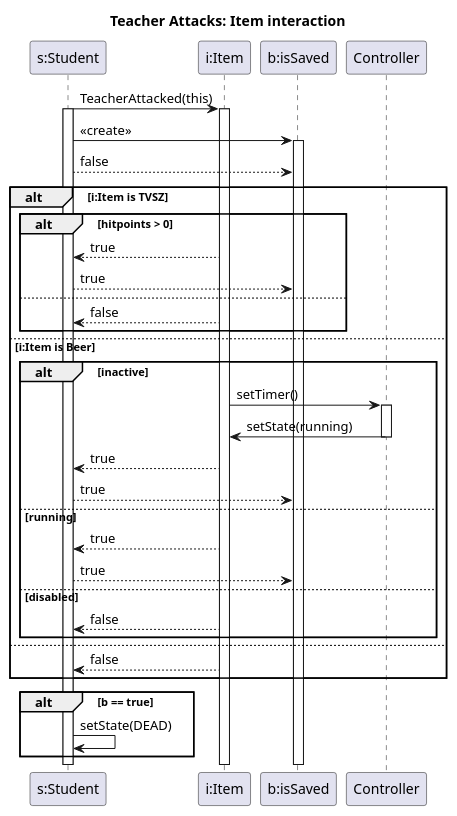
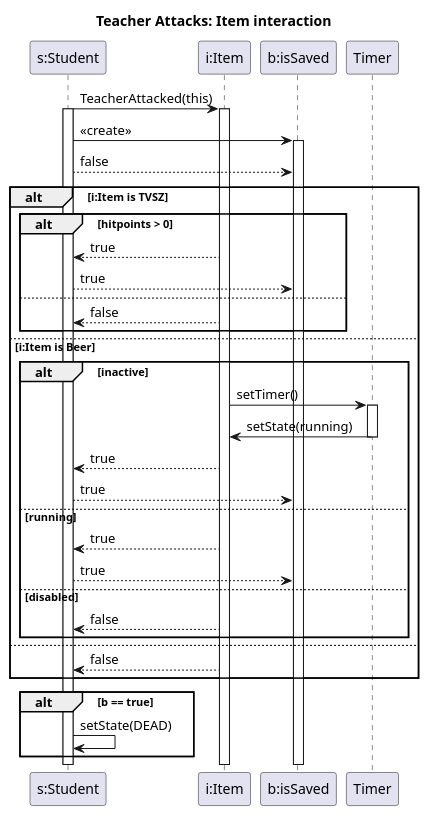
The diagram in teacher_attacks_item.plantuml (MBakter/echo), drawn with PlantUML before and after one commit. The commit also changed 4 other files, not shown here.

Commit message:
Updated ClassUML and added poisonous charts

```diff
--- a/teacher_attacks_item.plantuml
+++ b/teacher_attacks_item.plantuml
@@ -1,44 +1,44 @@
 @startuml teacher_attacks
 
 title Teacher Attacks: Item interaction
 participant "s:Student" as s
 participant "i:Item" as i
 participant "b:isSaved" as b
 
 s -> i : TeacherAttacked(this)
 activate i
 activate s
 s -> b : <<create>>
 activate b
 s --> b : false
 
 alt i:Item is TVSZ 
     alt hitpoints > 0
         i --> s : true
         s --> b : true
     else
         i --> s : false
     end
 else i:Item is Beer 
     alt inactive
-        i -> Controller : setTimer()
-        activate Controller
-            Controller -> i : setState(running)
-        deactivate Controller
+        i -> Timer : setTimer()
+        activate Timer
+            Timer -> i : setState(running)
+        deactivate Timer
         i --> s : true
         s --> b : true
     else running
         i --> s : true
         s --> b : true
     else disabled
         i --> s : false
     end
 else 
     i --> s : false
 end
 
 alt b == true
     s -> s : setState(DEAD)
 end
     
 @enduml
```
